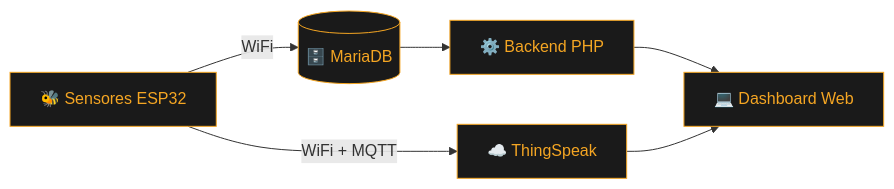
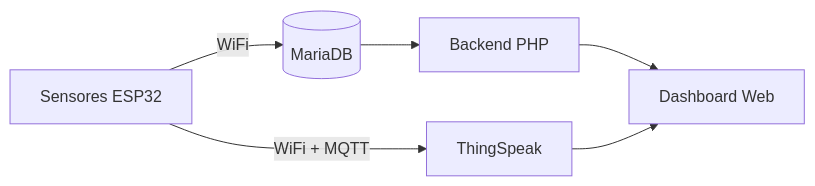
The first of 2 diagrams in README.md (jeronimoparra-ai/BeeStation_Sena), drawn with Mermaid before and after one commit. The commit also changed other lines of this file, not shown here.

````diff
--- a/README.md
+++ b/README.md
@@ -130,14 +17,8 @@
 ```mermaid
 flowchart LR
-    A[🐝 Sensores ESP32] -->|WiFi + MQTT| B[☁️ ThingSpeak]
-    A -->|WiFi| C[(🗄️ MariaDB)]
-    C --> D[⚙️ Backend PHP]
-    D --> E[💻 Dashboard Web]
+    A[Sensores ESP32] -->|WiFi + MQTT| B[ThingSpeak]
+    A -->|WiFi| C[(MariaDB)]
+    C --> D[Backend PHP]
+    D --> E[Dashboard Web]
     B --> E
-
-    style A fill:#1a1a1a,stroke:#F5A623,color:#F5A623
-    style B fill:#1a1a1a,stroke:#F5A623,color:#F5A623
-    style C fill:#1a1a1a,stroke:#F5A623,color:#F5A623
-    style D fill:#1a1a1a,stroke:#F5A623,color:#F5A623
-    style E fill:#1a1a1a,stroke:#F5A623,color:#F5A623
 ```
````
